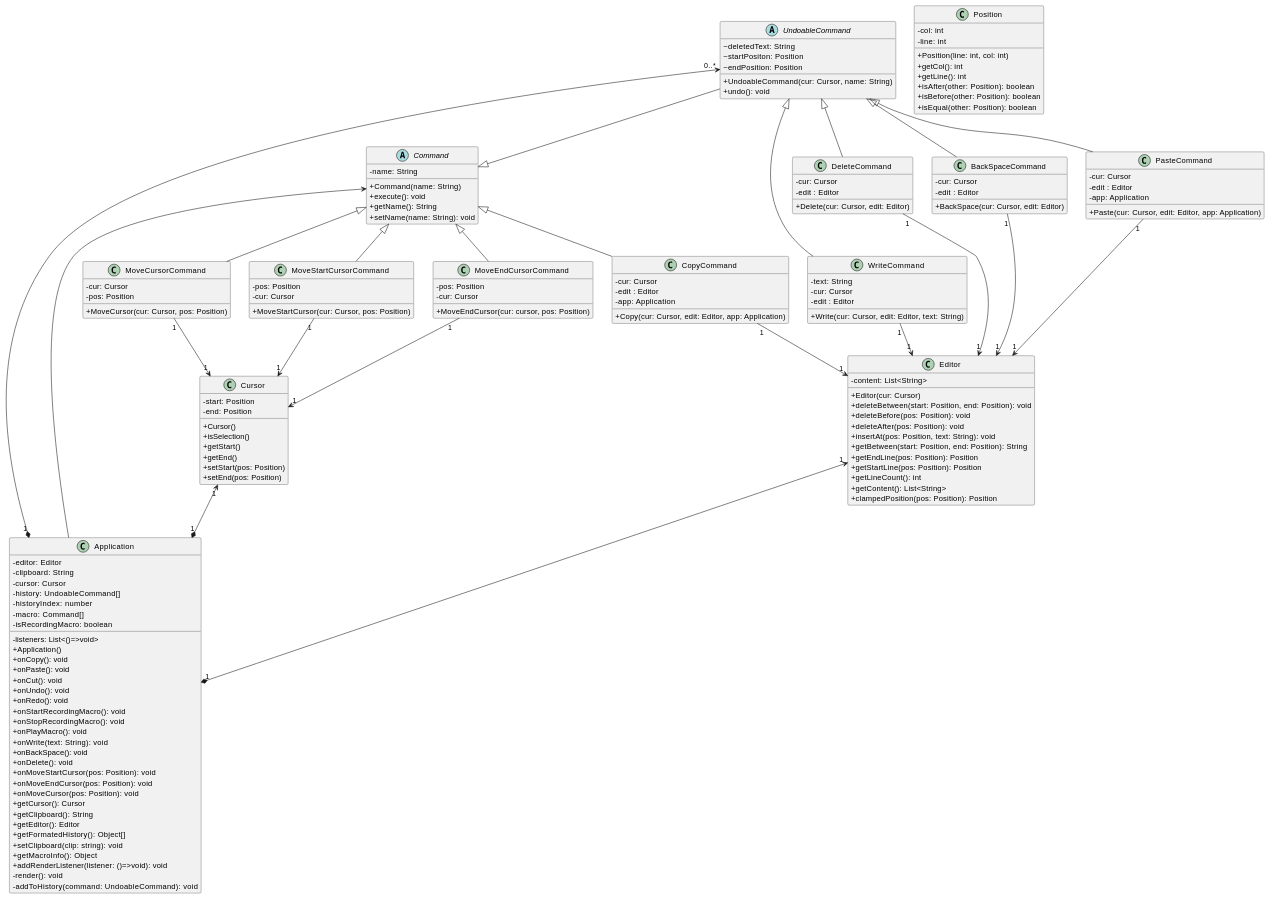
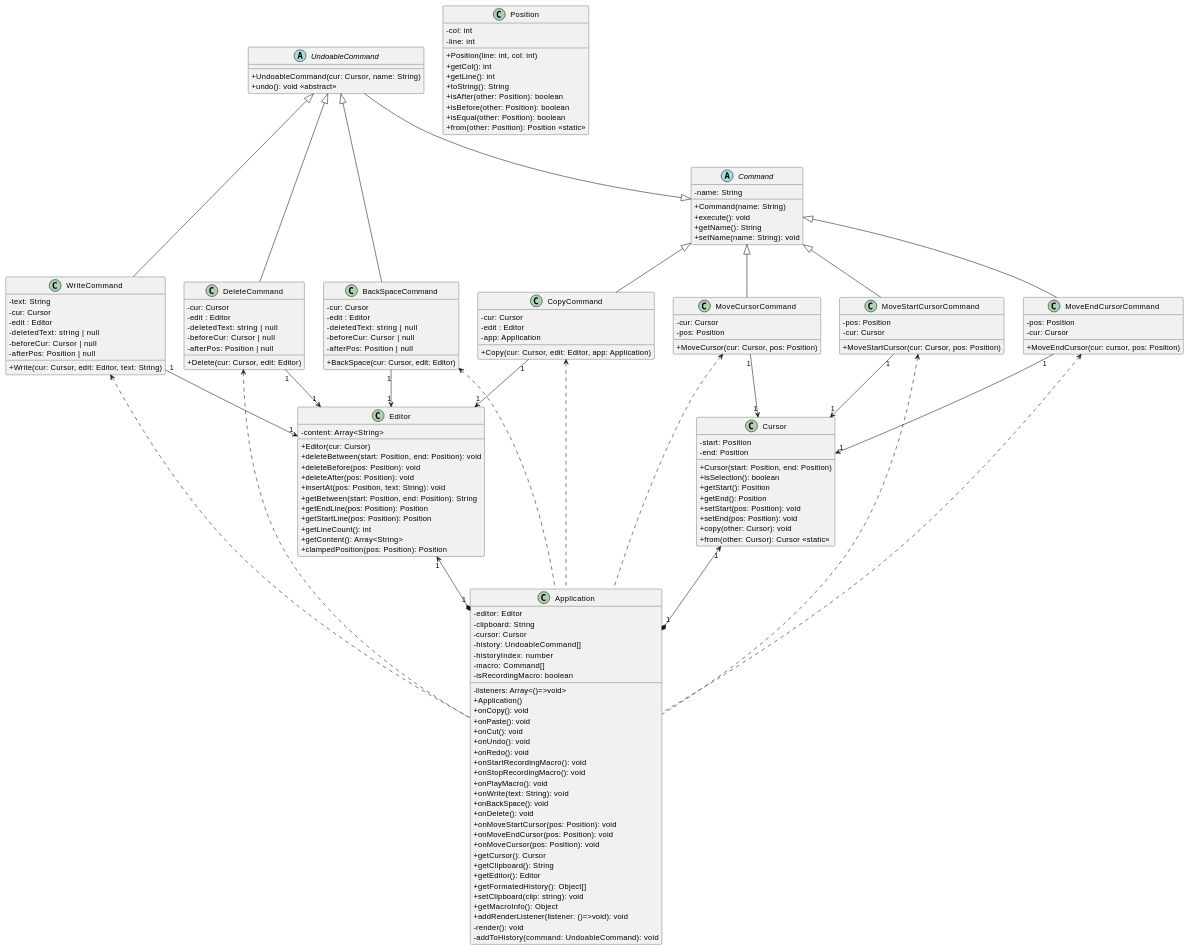
Before and after one commit to CodyAdam/another-useless-text-editor: the fourth of 6 diagrams in README.md, drawn with PlantUML. The commit also changed other lines of this file, not shown here.

Commit message:
table begining class diagram and state diagram updatee

```diff
--- a/README.md
+++ b/README.md
@@ -398,7 +357,7 @@
         -editor: Editor
         -clipboard: String
         -cursor: Cursor
-        -listeners: List<()=>void>
+        -listeners: Array<()=>void>
         -history: UndoableCommand[]
         -historyIndex: number
         -macro: Command[]
@@ -430,7 +389,7 @@
     }
 
     class Editor {
-        -content: List<String>
+        -content: Array<String>
         +Editor(cur: Cursor)
         +deleteBetween(start: Position, end: Position): void
         +deleteBefore(pos: Position): void
@@ -440,7 +399,7 @@
         +getEndLine(pos: Position): Position
         +getStartLine(pos: Position): Position
         +getLineCount(): int
-        +getContent(): List<String>
+        +getContent(): Array<String>
         +clampedPosition(pos: Position): Position
     }
 
@@ -453,22 +412,21 @@
     }
 
     Abstract UndoableCommand{
-        ~deletedText: String
-        ~startPositon: Position
-        ~endPosition: Position
         +UndoableCommand(cur: Cursor, name: String)
-        +undo(): void
+        +undo(): void <<abstract>>
     }
     
     class Cursor{
         -start: Position
         -end: Position
-        +Cursor()
-        +isSelection()
-        +getStart()
-        +getEnd()
-        +setStart(pos: Position)
-        +setEnd(pos: Position)
+        +Cursor(start: Position, end: Position)
+        +isSelection(): boolean
+        +getStart(): Position
+        +getEnd(): Position
+        +setStart(pos: Position): void
+        +setEnd(pos: Position): void
+        +copy(other: Cursor): void
+        +from(other: Cursor): Cursor <<static>>
     }
     
     class Position{
@@ -477,27 +435,38 @@
         +Position(line: int, col: int)
         +getCol(): int
         +getLine(): int
+        +toString(): String
         +isAfter(other: Position): boolean
         +isBefore(other: Position): boolean
         +isEqual(other: Position): boolean
+        +from(other: Position): Position <<static>>
     }
 
     class WriteCommand {
         -text: String
         -cur: Cursor
         -edit : Editor
+        -deletedText: string | null
+        -beforeCur: Cursor | null
+        -afterPos: Position | null
         +Write(cur: Cursor, edit: Editor, text: String)
     }
 
     class DeleteCommand {
         -cur: Cursor
         -edit : Editor
+        -deletedText: string | null
+        -beforeCur: Cursor | null
+        -afterPos: Position | null
         +Delete(cur: Cursor, edit: Editor)
     }
 
     class BackSpaceCommand {
         -cur: Cursor
         -edit : Editor
+        -deletedText: string | null
+        -beforeCur: Cursor | null
+        -afterPos: Position | null
         +BackSpace(cur: Cursor, edit: Editor)
     }
 
@@ -506,13 +475,6 @@
         -edit : Editor
         -app: Application
         +Copy(cur: Cursor, edit: Editor, app: Application)
-    }
-
-    class PasteCommand {
-        -cur: Cursor
-        -edit : Editor
-        -app: Application
-        +Paste(cur: Cursor, edit: Editor, app: Application)
     }
 
     class MoveCursorCommand {
@@ -536,24 +498,27 @@
 
     Cursor "1" <--* "1" Application
     
-    UndoableCommand <|-- PasteCommand 
     UndoableCommand <|-- WriteCommand 
     UndoableCommand <|-- DeleteCommand
     UndoableCommand <|-- BackSpaceCommand
     UndoableCommand --|> Command
 
-    Command <|-- CopyCommand 
+    Command <|-- CopyCommand
     Command <|-- MoveStartCursorCommand 
     Command <|-- MoveEndCursorCommand 
     Command <|-- MoveCursorCommand
 
 
     Editor "1" <--* "1" Application
-    Command <-- Application 
-    UndoableCommand "0..*" <--* "1" Application 
+
+    WriteCommand <.. Application
+    CopyCommand <.. Application
+    MoveStartCursorCommand <.. Application
+    MoveEndCursorCommand <.. Application
+    DeleteCommand <.. Application
+    BackSpaceCommand <.. Application
+    MoveCursorCommand <.. Application
     
-
-    PasteCommand "1" --> "1" Editor
     WriteCommand "1" --> "1"Editor
     CopyCommand "1" --> "1" Editor
     MoveStartCursorCommand"1" --> "1" Cursor
```
